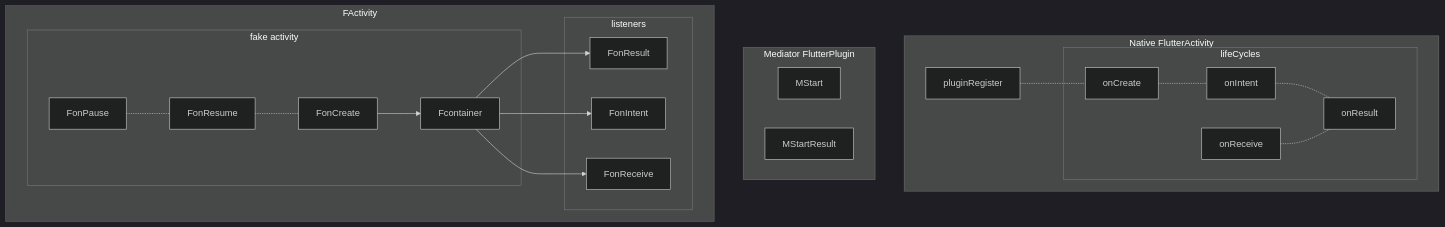
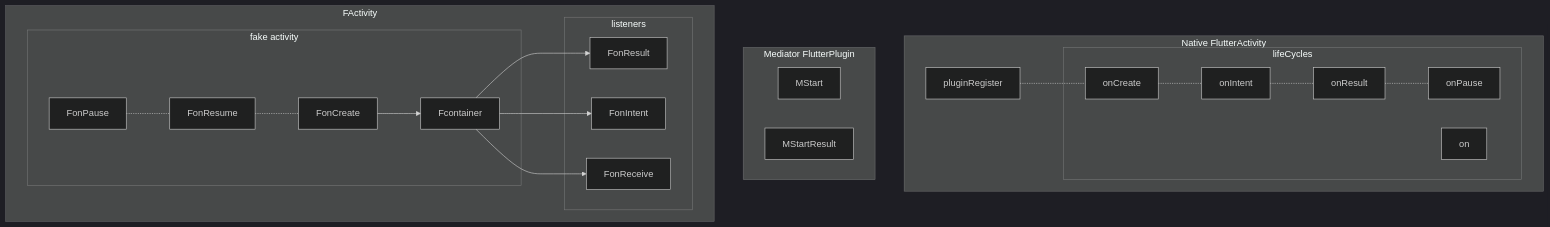
One commit to gordianknotC/nxp_note changed the diagram in flutter/addActivityResultListener.md. Above: the diagram before and after it, drawn with Mermaid (dark theme). The commit also changed other lines of this file, not shown here.

Commit message:
flutter/addActivityResultListener.md updated from https://stackedit.io/

````diff
--- a/flutter/addActivityResultListener.md
+++ b/flutter/addActivityResultListener.md
@@ -11,43 +11,44 @@
 ```mermaid
 graph TB
 	subgraph Native FlutterActivity
 		pluginRegister
 		pluginRegister -.- onCreate
 		subgraph lifeCycles
 			onCreate -.- onIntent
 			onIntent -.- onResult
-			onReceive -.- onResult
+			onResult -.- onPause
+			on
 			
 		end
 	end
 	subgraph Mediator FlutterPlugin
 		MStart
 		MStartResult
 	end
 	
 	subgraph FActivity
 		FonCreate
 		FonPause 
 		FonResume 
 		FonResult 
 		FonIntent 
 		FonReceive 
 		
 		subgraph fake activity
 			FonPause -.- FonResume
 			FonResume -.- FonCreate
 			FonCreate --> Fcontainer
 		end
 		
 		subgraph listeners
 			Fcontainer --> FonIntent
 			Fcontainer --> FonResult
 			Fcontainer --> FonReceive
 		end
 		
 		
 		
 	end
 
 
 ```
````
